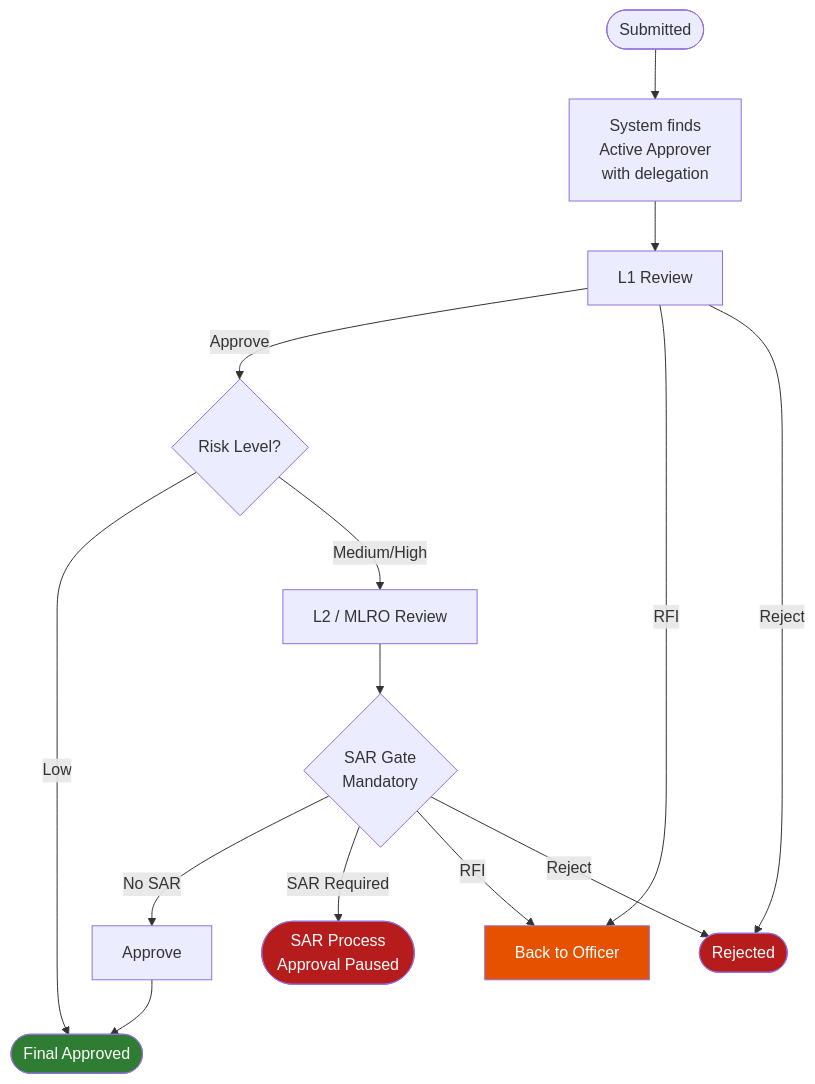
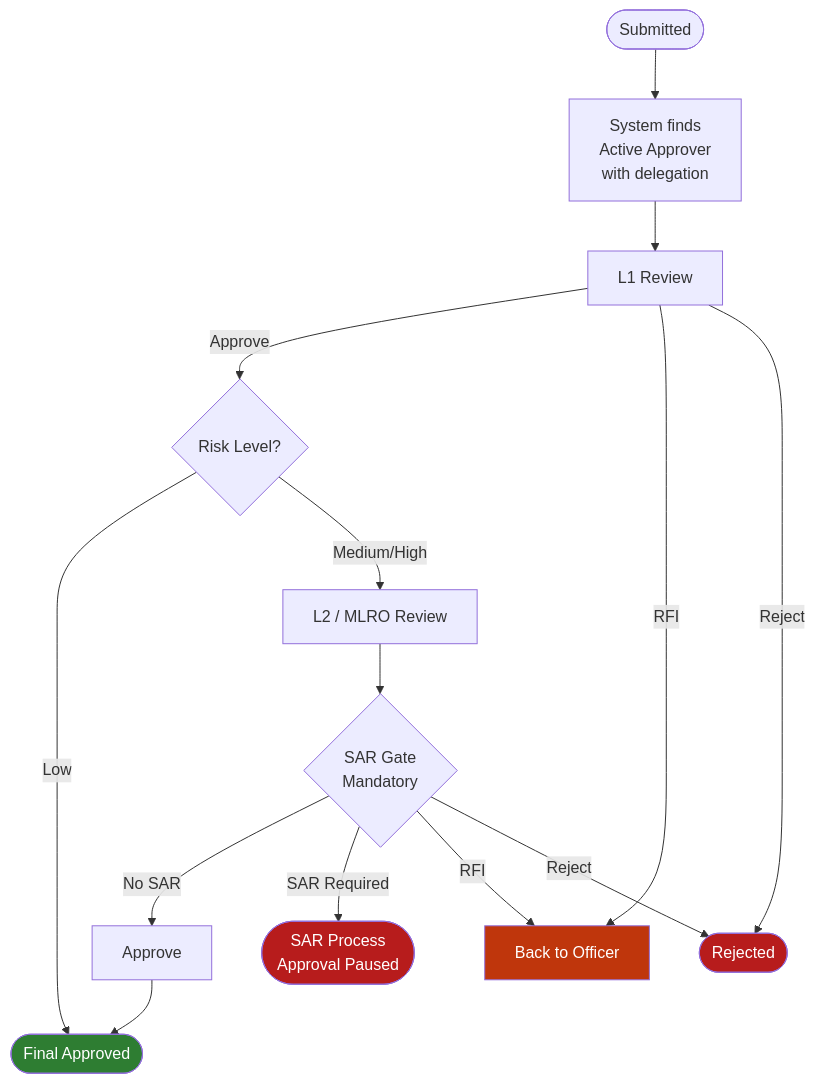
The seventh of 8 diagrams in docs/diagrams/best-practice-e2e.md (mazharr-hussain/KycReport), drawn with Mermaid before and after one commit. The commit also changed other lines of this file and 7 other files, not shown here.

First line of the commit message:
Fix low-contrast diagram colours — replace amber with dark slate

````diff
--- a/docs/diagrams/best-practice-e2e.md
+++ b/docs/diagrams/best-practice-e2e.md
@@ -117,25 +117,25 @@
 ```mermaid
 flowchart TD
     SUBMIT([Submitted]) --> DELEGATE[System finds\nActive Approver\nwith delegation]
     DELEGATE --> L1[L1 Review]
 
     L1 -->|Approve| RISK_CHECK{Risk Level?}
     L1 -->|RFI| OFFICER[Back to Officer]
     L1 -->|Reject| REJECT([Rejected])
 
     RISK_CHECK -->|Low| FINAL([Final Approved])
     RISK_CHECK -->|Medium/High| L2
 
     L2[L2 / MLRO Review] --> SAR_Q{SAR Gate\nMandatory}
     SAR_Q -->|No SAR| L2_APPROVE[Approve]
     SAR_Q -->|SAR Required| SAR_PROC([SAR Process\nApproval Paused])
     SAR_Q -->|RFI| OFFICER
     SAR_Q -->|Reject| REJECT
 
     L2_APPROVE --> FINAL
 
     style FINAL fill:#2E7D32,color:#fff
     style REJECT fill:#B71C1C,color:#fff
     style SAR_PROC fill:#B71C1C,color:#fff
-    style OFFICER fill:#E65100,color:#fff
+    style OFFICER fill:#BF360C,color:#fff
 ```
````
